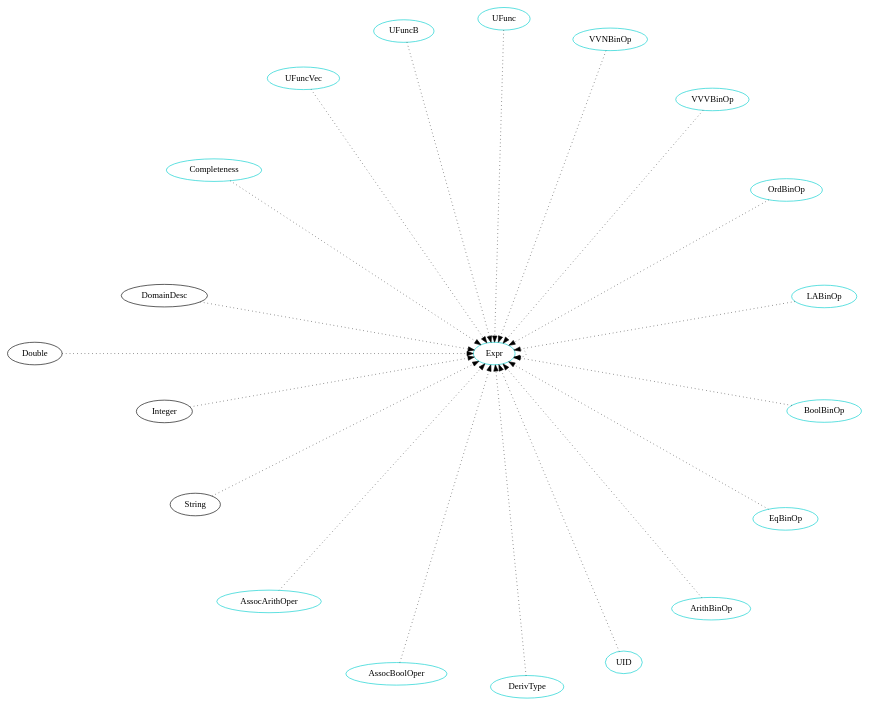
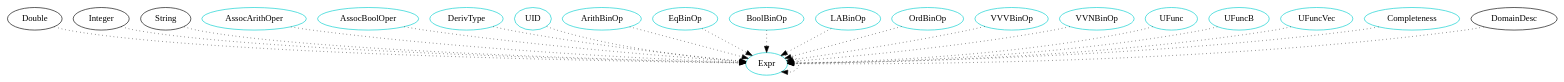
Before and after one commit to JacquesCarette/Drasil: the diagram in People/Anthony/Type_Dependency_Graphs/Expr.dot, drawn with Graphviz. The commit also changed 3 other files, not shown here.

```diff
--- a/People/Anthony/Type_Dependency_Graphs/Expr.dot
+++ b/People/Anthony/Type_Dependency_Graphs/Expr.dot
@@ -1,44 +1,43 @@
 digraph expr {
-    layout=circo
     Double -> Expr [style="dotted"];
     Integer -> Expr [style="dotted"];
     String -> Expr [style="dotted"];
     Expr -> Expr [style="dotted"];
     AssocArithOper  -> Expr [style="dotted"];
     AssocBoolOper  -> Expr [style="dotted"];
     DerivType -> Expr [style="dotted"];
     ExprUID -> Expr [style="dotted"];
     ArithBinOp -> Expr [style="dotted"];
     EqBinOp -> Expr [style="dotted"];
     BoolBinOp -> Expr [style="dotted"];
     LABinOp  -> Expr [style="dotted"];
     OrdBinOp  -> Expr [style="dotted"];
     VVVBinOp -> Expr [style="dotted"];
     VVNBinOp  -> Expr [style="dotted"];
     UFunc  -> Expr [style="dotted"];
     UFuncB -> Expr [style="dotted"];
     UFuncVec  -> Expr [style="dotted"];
     Completeness  -> Expr [style="dotted"];
     DomainDesc -> Expr [style="dotted"];
 
 
     /* definitions for each type component */
 	Expr 	    [shape=oval, color=cyan3, label="Expr"];
     ArithBinOp 	    [shape=oval, color=cyan3, label="ArithBinOp"];
     EqBinOp 	    [shape=oval, color=cyan3, label="EqBinOp"];
     BoolBinOp 	    [shape=oval, color=cyan3, label="BoolBinOp"];
     LABinOp 	    [shape=oval, color=cyan3, label="LABinOp"];
     OrdBinOp 	    [shape=oval, color=cyan3, label="OrdBinOp"];
     VVVBinOp 	    [shape=oval, color=cyan3, label="VVVBinOp"];
     VVNBinOp 	    [shape=oval, color=cyan3, label="VVNBinOp"];
     AssocArithOper 	    [shape=oval, color=cyan3, label="AssocArithOper"];
     AssocBoolOper 	    [shape=oval, color=cyan3, label="AssocBoolOper"];
     UFunc 	    [shape=oval, color=cyan3, label="UFunc"];
     UFuncB 	    [shape=oval, color=cyan3, label="UFuncB"];
     UFuncVec 	    [shape=oval, color=cyan3, label="UFuncVec"];
     Completeness 	    [shape=oval, color=cyan3, label="Completeness"];
     DerivType 	    [shape=oval, color=cyan3, label="DerivType"];
     ExprUID     [shape=oval, color=cyan3, label="UID"];
 }
 
 /* dot -Tpng sample.dot -o sample.png */
```
